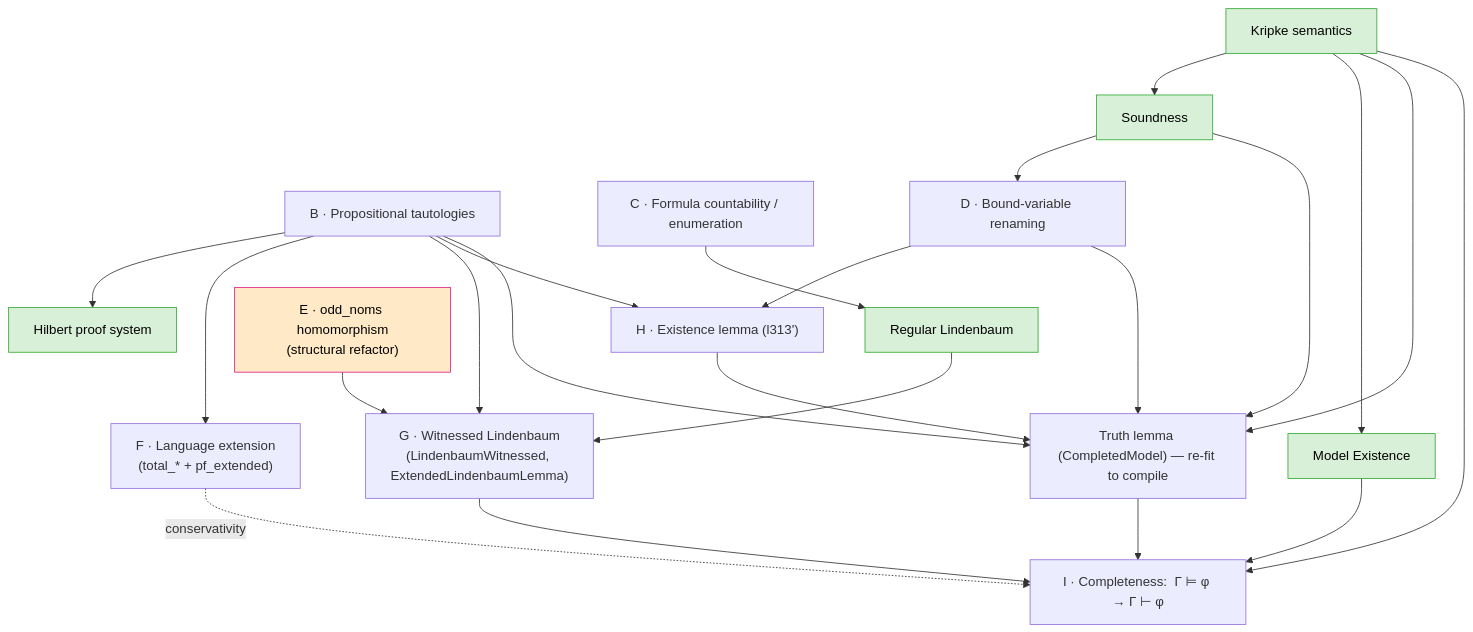
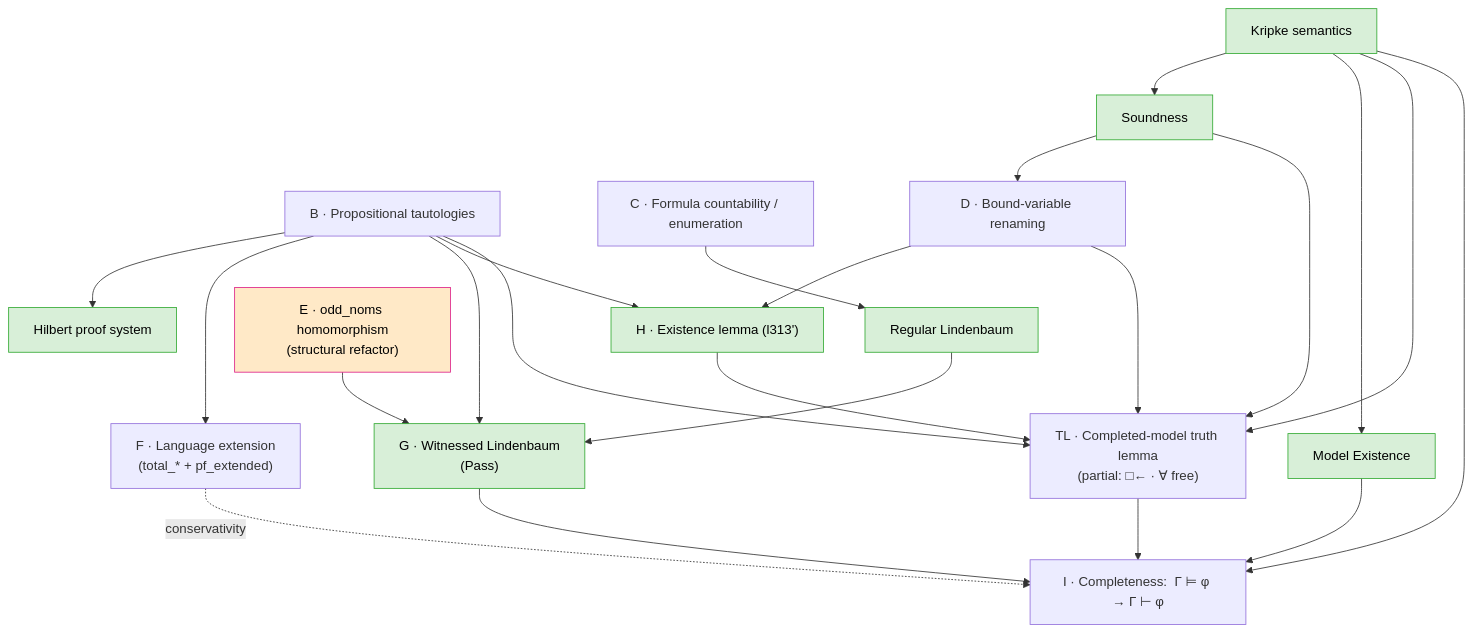
Before and after one commit to catskillsresearch/hybrid_logic_lean_revisited: the first of 5 diagrams in arxiv.md, drawn with Mermaid. The commit also changed other lines of this file and 2 other files, not shown here.

Commit message:
Add `subst_depth_bind` theorem in Substitutions.lean to establish depth relationships for substitutions in hybrid logic. Update truth lemma in CompletedModel.lean for clarity and consistency. Revise arxiv.md to reflect these enhancements and their implications for the completeness proof.

````diff
--- a/arxiv.md
+++ b/arxiv.md
@@ -175,43 +175,43 @@
 ```mermaid
 flowchart TD
     classDef done fill:#d8efd8,stroke:#3a3,color:#000;
     classDef crux fill:#ffe9c7,stroke:#d28,color:#000;
 
     SEM["Kripke semantics"]:::done
     PS["Hilbert proof system"]:::done
     SND["Soundness"]:::done
     RL["Regular Lindenbaum"]:::done
     ME["Model Existence"]:::done
 
     B["B · Propositional tautologies"]
     C["C · Formula countability / enumeration"]
     D["D · Bound-variable renaming"]
     E["E · odd_noms homomorphism<br/>(structural refactor)"]:::crux
     F["F · Language extension<br/>(total_* + pf_extended)"]
-    G["G · Witnessed Lindenbaum<br/>(LindenbaumWitnessed, ExtendedLindenbaumLemma)"]
-    TL["Truth lemma (CompletedModel) — re-fit to compile"]
-    H["H · Existence lemma (l313')"]
+    G["G · Witnessed Lindenbaum<br/>(Pass)"]:::done
+    TL["TL · Completed-model truth lemma<br/>(partial: □← · ∀ free)"]
+    H["H · Existence lemma (l313')"]:::done
     I["I · Completeness:  Γ ⊨ φ → Γ ⊢ φ"]
 
     B --> PS
     C --> RL
     RL --> G
     E --> G
     B --> F
     B --> G
     B --> H
     B --> TL
     D --> H
     D --> TL
     H --> TL
     G --> I
     TL --> I
     ME --> I
     F -.->|"conservativity"| I
     SEM --> SND
     SEM --> ME
     SEM --> TL
     SEM --> I
     SND --> D
     SND --> TL
 ```
````
